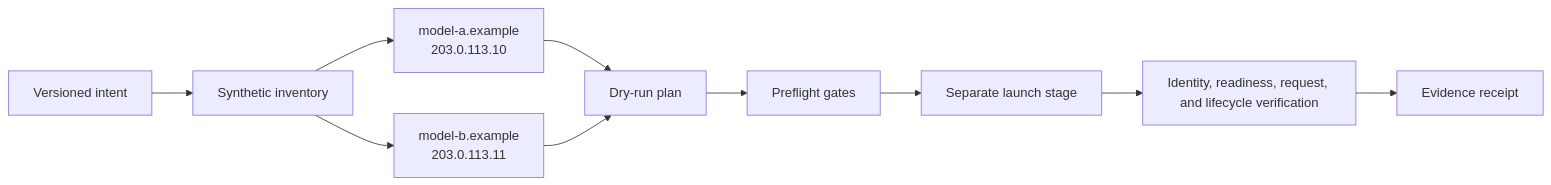
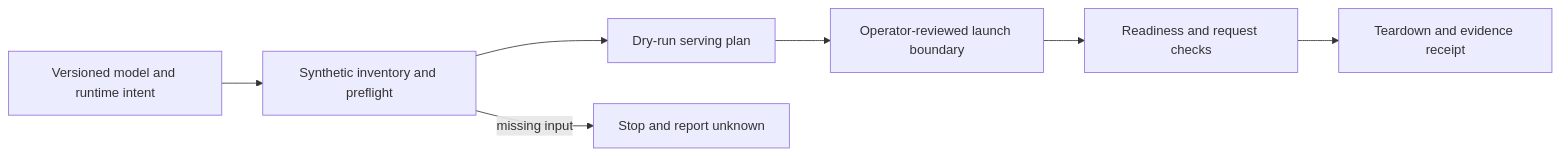
One commit to GumbiiDigital/glm-5-2-on-dgx-spark-public changed the diagram in docs/ARCHITECTURE.md. Above: the diagram before and after it, drawn with Mermaid. The commit also changed 4 other files, not shown here.

````diff
--- a/docs/ARCHITECTURE.md
+++ b/docs/ARCHITECTURE.md
@@ -1,12 +1,9 @@
 ```mermaid
 flowchart LR
-  I["Versioned intent"] --> S["Synthetic inventory"]
-  S --> A["model-a.example<br/>203.0.113.10"]
-  S --> B["model-b.example<br/>203.0.113.11"]
-  A --> D["Dry-run plan"]
-  B --> D
-  D --> G["Preflight gates"]
-  G --> L["Separate launch stage"]
-  L --> V["Identity, readiness, request, and lifecycle verification"]
-  V --> E["Evidence receipt"]
+    I["Versioned model and runtime intent"] --> P["Synthetic inventory and preflight"]
+    P --> D["Dry-run serving plan"]
+    D --> L["Operator-reviewed launch boundary"]
+    L --> R["Readiness and request checks"]
+    R --> T["Teardown and evidence receipt"]
+    P -->|missing input| X["Stop and report unknown"]
 ```
````
